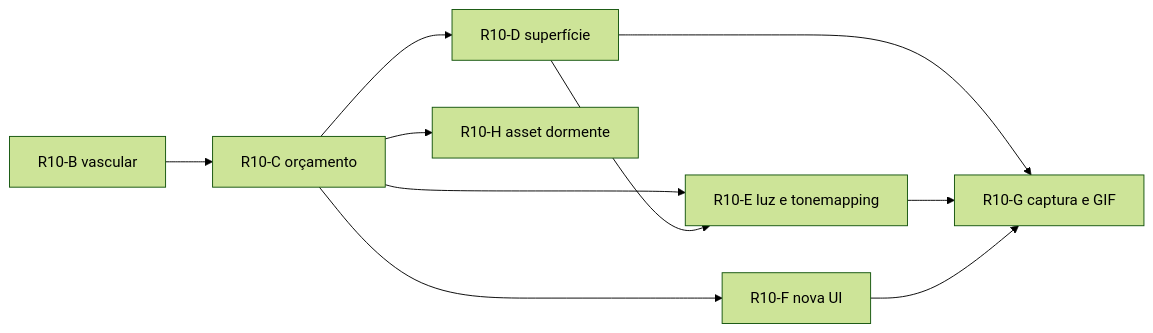
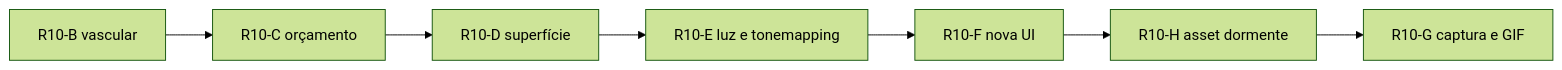
The diagram in docs/planning/PLAN_0.10.md (blightghp/blightghp), drawn with Mermaid (forest theme) before and after one commit. The commit also changed other lines of this file and 16 other files, not shown here.

Commit message:
docs: consolidate Unrail architecture and roadmap

````diff
--- a/docs/planning/PLAN_0.10.md
+++ b/docs/planning/PLAN_0.10.md
@@ -771,12 +770,9 @@
 ```mermaid
 flowchart LR
     B["R10-B vascular"] --> C["R10-C orçamento"]
     C --> D["R10-D superfície"]
-    C --> E["R10-E luz e tonemapping"]
-    D --> E
-    C --> F["R10-F nova UI"]
-    D --> G["R10-G captura e GIF"]
-    E --> G
-    F --> G
-    C --> H["R10-H asset dormente"]
+    D --> E["R10-E luz e tonemapping"]
+    E --> F["R10-F nova UI"]
+    F --> H["R10-H asset dormente"]
+    H --> G["R10-G captura e GIF"]
 ```
````
